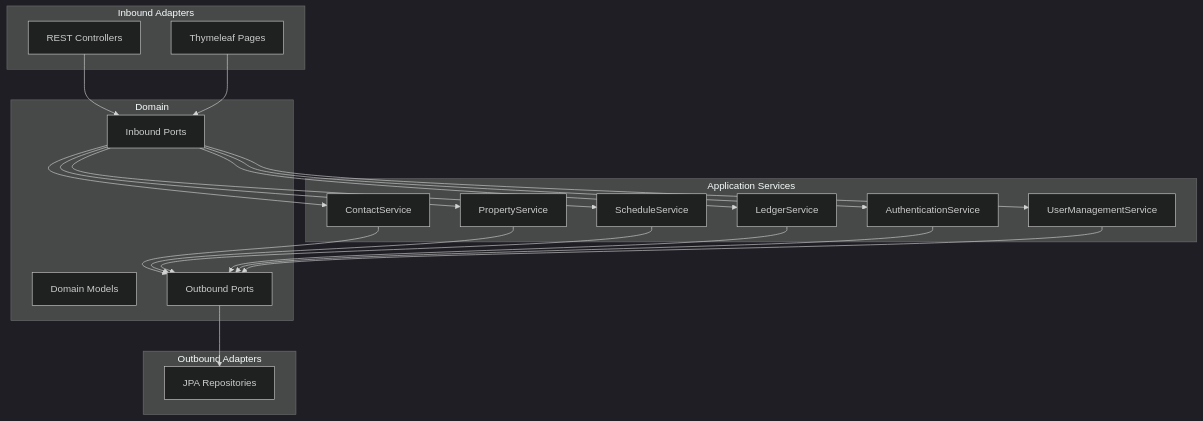
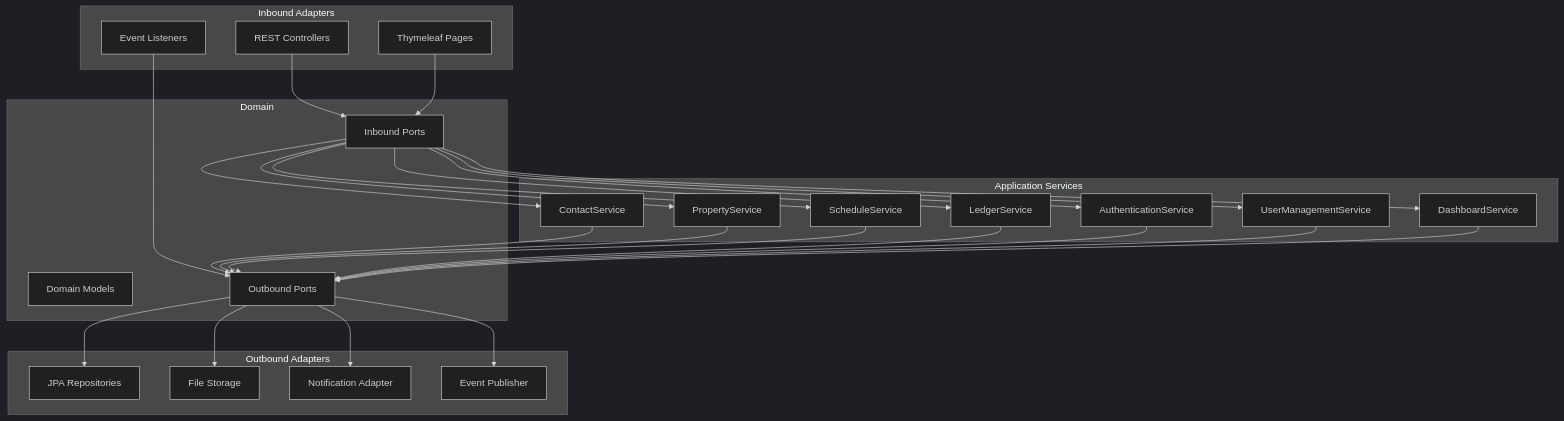
Before and after one commit to robsartin/majordomo: the third of 4 diagrams in doc/domain-model.md, drawn with Mermaid (dark theme). The commit also changed other lines of this file and 7 other files, not shown here.

````diff
--- a/doc/domain-model.md
+++ b/doc/domain-model.md
@@ -210,32 +287,41 @@
 ```mermaid
 graph TB
     subgraph "Inbound Adapters"
         REST[REST Controllers]
         WEB[Thymeleaf Pages]
+        EVT[Event Listeners]
     end
 
     subgraph "Application Services"
         CS[ContactService]
         PS[PropertyService]
         SS[ScheduleService]
         LS[LedgerService]
         AS[AuthenticationService]
         UMS[UserManagementService]
+        DS[DashboardService]
     end
 
     subgraph "Domain"
         PORTS_IN[Inbound Ports]
         MODELS[Domain Models]
         PORTS_OUT[Outbound Ports]
     end
 
     subgraph "Outbound Adapters"
         JPA[JPA Repositories]
+        STORE[File Storage]
+        NOTIFY[Notification Adapter]
+        EVTPUB[Event Publisher]
     end
 
     REST --> PORTS_IN
     WEB --> PORTS_IN
-    PORTS_IN --> CS & PS & SS & LS & AS & UMS
-    CS & PS & SS & LS & AS & UMS --> PORTS_OUT
+    EVT --> PORTS_OUT
+    PORTS_IN --> CS & PS & SS & LS & AS & UMS & DS
+    CS & PS & SS & LS & AS & UMS & DS --> PORTS_OUT
     PORTS_OUT --> JPA
+    PORTS_OUT --> STORE
+    PORTS_OUT --> NOTIFY
+    PORTS_OUT --> EVTPUB
 ```
````
